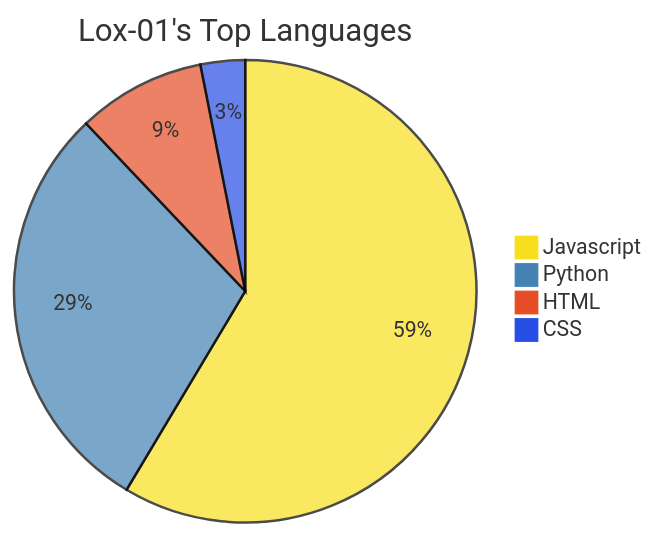
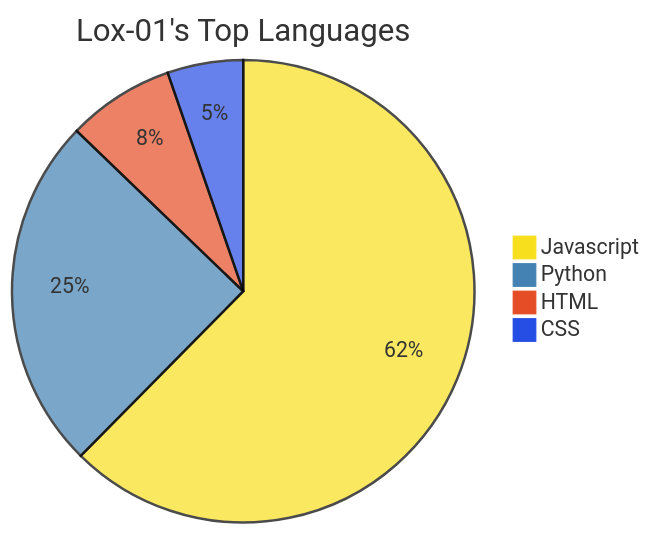
Before and after one commit to Lox-01/Lox-01: the diagram in README.md, drawn with Mermaid.

````diff
--- a/README.md
+++ b/README.md
@@ -16,9 +16,9 @@
 ```mermaid
 %%{init: {'theme': 'base', 'themeVariables': { "width": "20px", "pieOuterStrokeWidth": "0px", "pieInnerStrokeWidth": "0px", 'pie1': '#f7df1e', 'pie2': '#4382b3', 'pie3': '#e44d26', 'pie4': '#264de4'}}}%%
 pie
     title Lox-01's Top Languages
-    "Javascript" : 58.57
-    "Python" : 29.34
-    "HTML" : 8.97
-    "CSS" : 3.11
+    "Javascript" : 62.4
+    "Python" : 24.8
+    "HTML" : 7.5
+    "CSS" : 5.3
 ```
````
